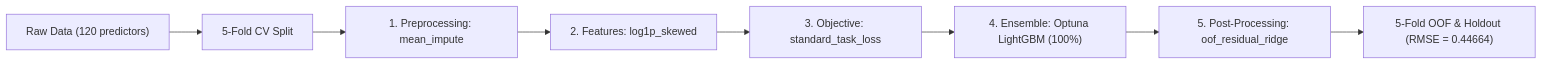
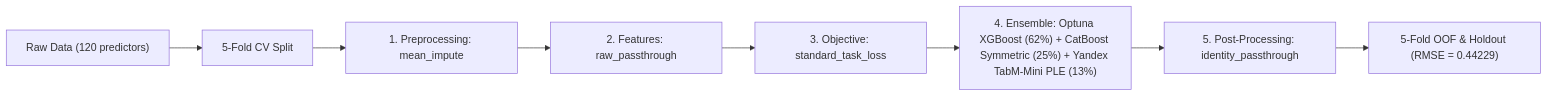
The diagram in README.md (stefanoclss/UM-Game-Playing-Strength-of-MCTS-Variants), drawn with Mermaid before and after one commit. The commit also changed other lines of this file, not shown here.

First line of the commit message:
docs(readme): refresh verified OOF benchmark & build ledger (RMSE=0.44229)

````diff
--- a/README.md
+++ b/README.md
@@ -72,10 +73,10 @@
 ```mermaid
 flowchart LR
     DATA["Raw Data (120 predictors)"] --> SPLIT["5-Fold CV Split"]
     SPLIT --> PRE["1. Preprocessing: mean_impute"]
-    PRE --> FEAT["2. Features: log1p_skewed"]
+    PRE --> FEAT["2. Features: raw_passthrough"]
     FEAT --> OBJ["3. Objective: standard_task_loss"]
-    OBJ --> M0["4. Ensemble: Optuna LightGBM (100%)"]
-    M0 --> POST["5. Post-Processing: oof_residual_ridge"]
-    POST --> OUT["5-Fold OOF & Holdout (RMSE = 0.44664)"]
+    OBJ --> M0["4. Ensemble: Optuna XGBoost (62%) + CatBoost Symmetric (25%) + Yandex TabM-Mini PLE (13%)"]
+    M0 --> POST["5. Post-Processing: identity_passthrough"]
+    POST --> OUT["5-Fold OOF & Holdout (RMSE = 0.44229)"]
 ```
````
